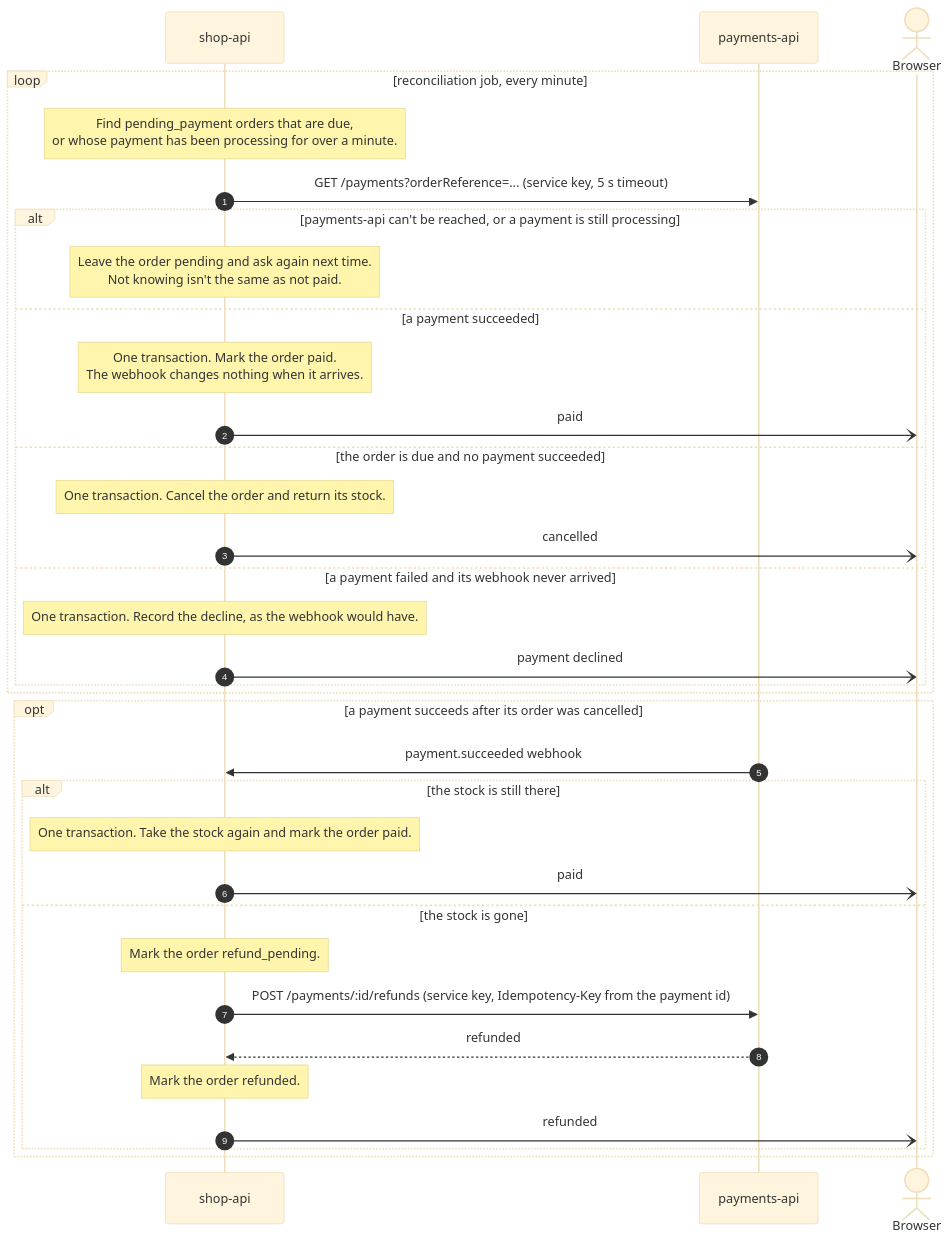
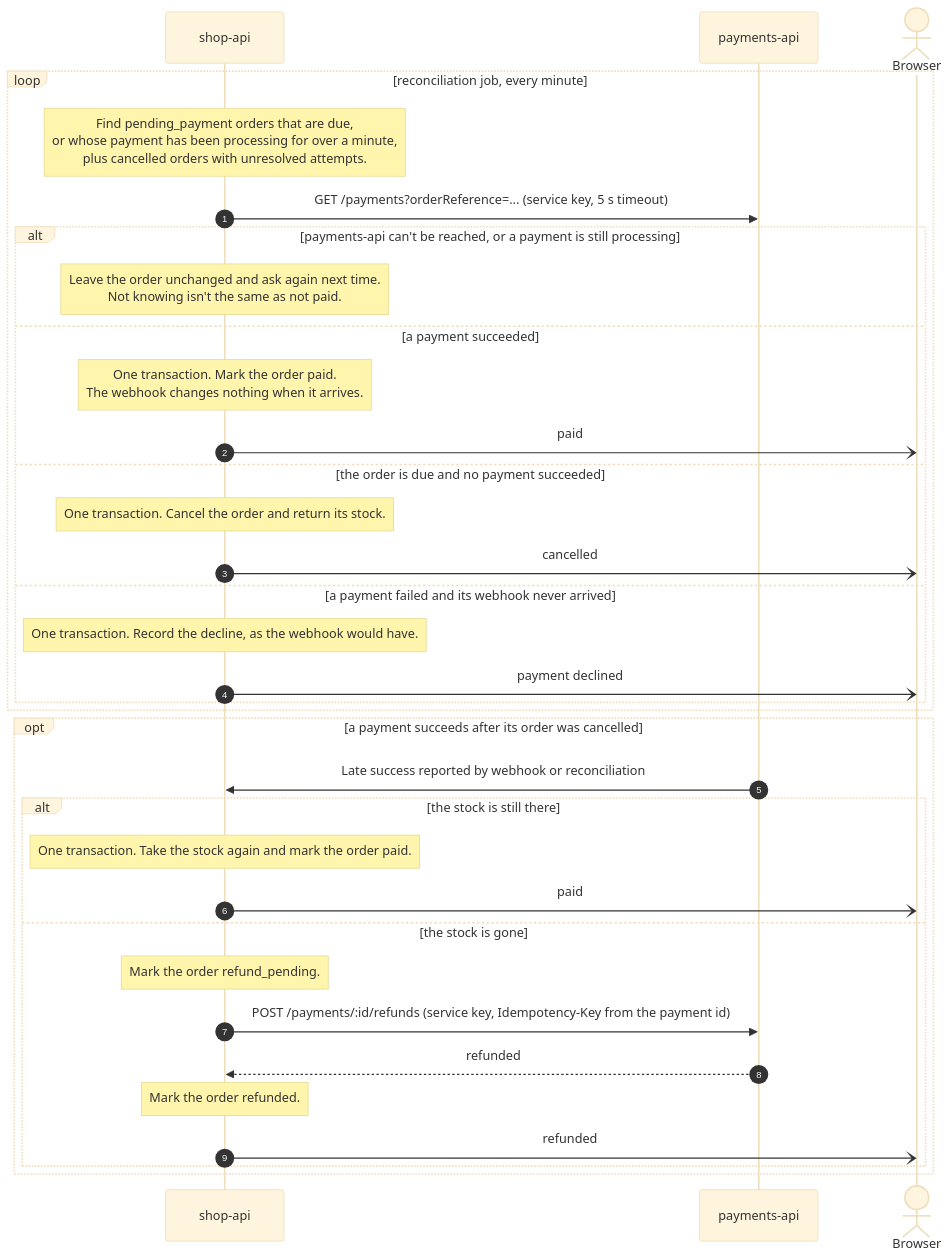
Before and after one commit to chaarlie/shopping-app: the fourth of 5 diagrams in docs/checkout-flow.md, drawn with Mermaid (base theme). The commit also changed other lines of this file and 9 other files, not shown here.

````diff
--- a/docs/checkout-flow.md
+++ b/docs/checkout-flow.md
@@ -122,38 +122,38 @@
 ```mermaid
 sequenceDiagram
     autonumber
     participant S as shop-api
     participant P as payments-api
     actor B as Browser
 
     loop reconciliation job, every minute
-        Note over S: Find pending_payment orders that are due,<br/>or whose payment has been processing for over a minute.
+        Note over S: Find pending_payment orders that are due,<br/>or whose payment has been processing for over a minute,<br/>plus cancelled orders with unresolved attempts.
         S->>P: GET /payments?orderReference=... (service key, 5 s timeout)
         alt payments-api can't be reached, or a payment is still processing
-            Note over S: Leave the order pending and ask again next time.<br/>Not knowing isn't the same as not paid.
+            Note over S: Leave the order unchanged and ask again next time.<br/>Not knowing isn't the same as not paid.
         else a payment succeeded
             Note over S: One transaction. Mark the order paid.<br/>The webhook changes nothing when it arrives.
             S-)B: paid
         else the order is due and no payment succeeded
             Note over S: One transaction. Cancel the order and return its stock.
             S-)B: cancelled
         else a payment failed and its webhook never arrived
             Note over S: One transaction. Record the decline, as the webhook would have.
             S-)B: payment declined
         end
     end
 
     opt a payment succeeds after its order was cancelled
-        P->>S: payment.succeeded webhook
+        P->>S: Late success reported by webhook or reconciliation
         alt the stock is still there
             Note over S: One transaction. Take the stock again and mark the order paid.
             S-)B: paid
         else the stock is gone
             Note over S: Mark the order refund_pending.
             S->>P: POST /payments/:id/refunds (service key, Idempotency-Key from the payment id)
             P-->>S: refunded
             Note over S: Mark the order refunded.
             S-)B: refunded
         end
     end
 ```
````
